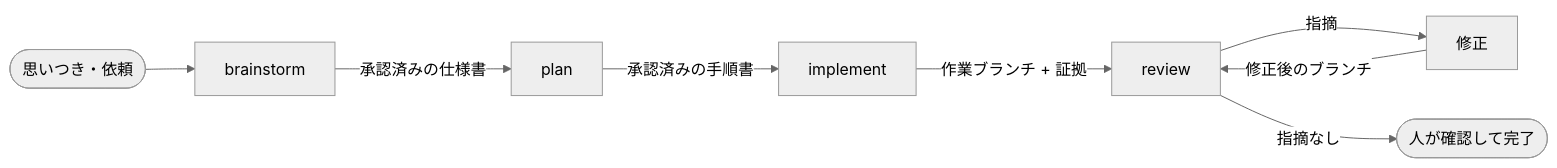
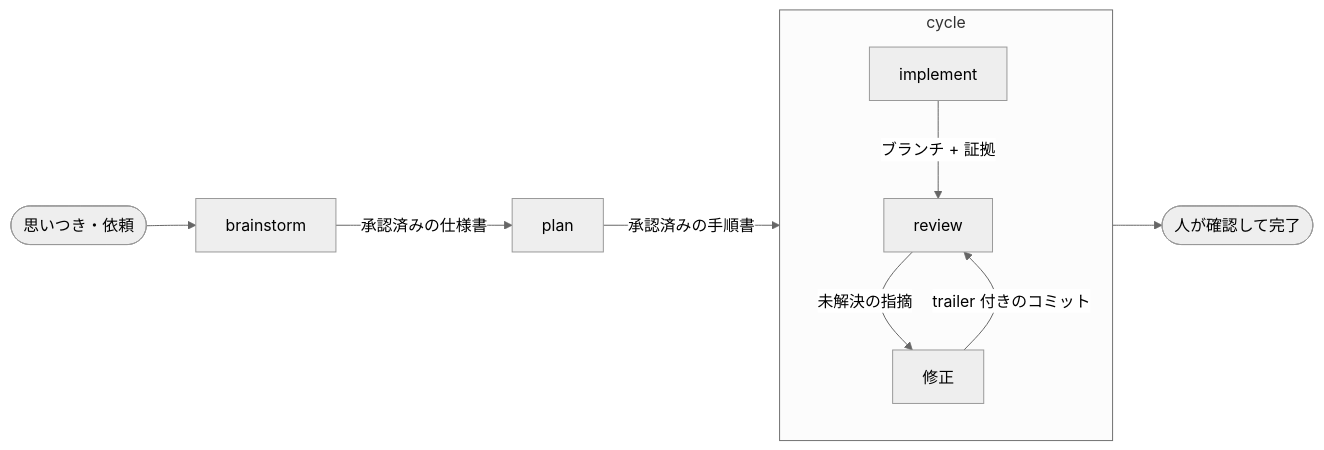
One commit to ba0918/agentic-workflow changed the diagram in docs/spec/workflow.md. Above: the diagram before and after it, drawn with Mermaid (neutral theme). The commit also changed other lines of this file and 5 other files, not shown here.

````diff
--- a/docs/spec/workflow.md
+++ b/docs/spec/workflow.md
@@ -10,10 +10,12 @@
 ```mermaid
 flowchart LR
     idea([思いつき・依頼]) --> B[brainstorm]
     B -- 承認済みの仕様書 --> P[plan]
-    P -- 承認済みの手順書 --> I[implement]
-    I -- 作業ブランチ + 証拠 --> R[review]
-    R -- 指摘 --> fix[修正]
-    fix -- 修正後のブランチ --> R
-    R -- 指摘なし --> done([人が確認して完了])
+    P -- 承認済みの手順書 --> C[cycle]
+    C --> done([人が確認して完了])
+    subgraph C[cycle]
+        I[implement] -- ブランチ + 証拠 --> R[review]
+        R -- 未解決の指摘 --> F[修正]
+        F -- trailer 付きのコミット --> R
+    end
 ```
````
